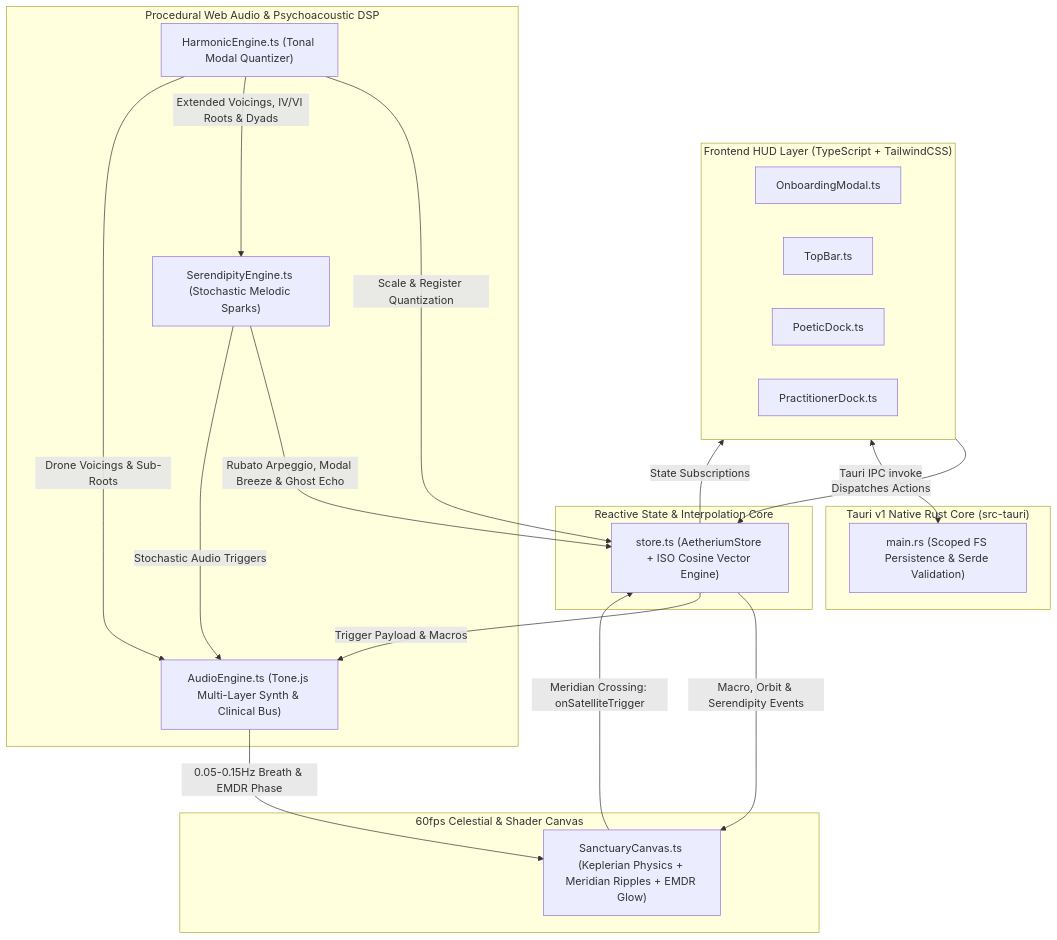
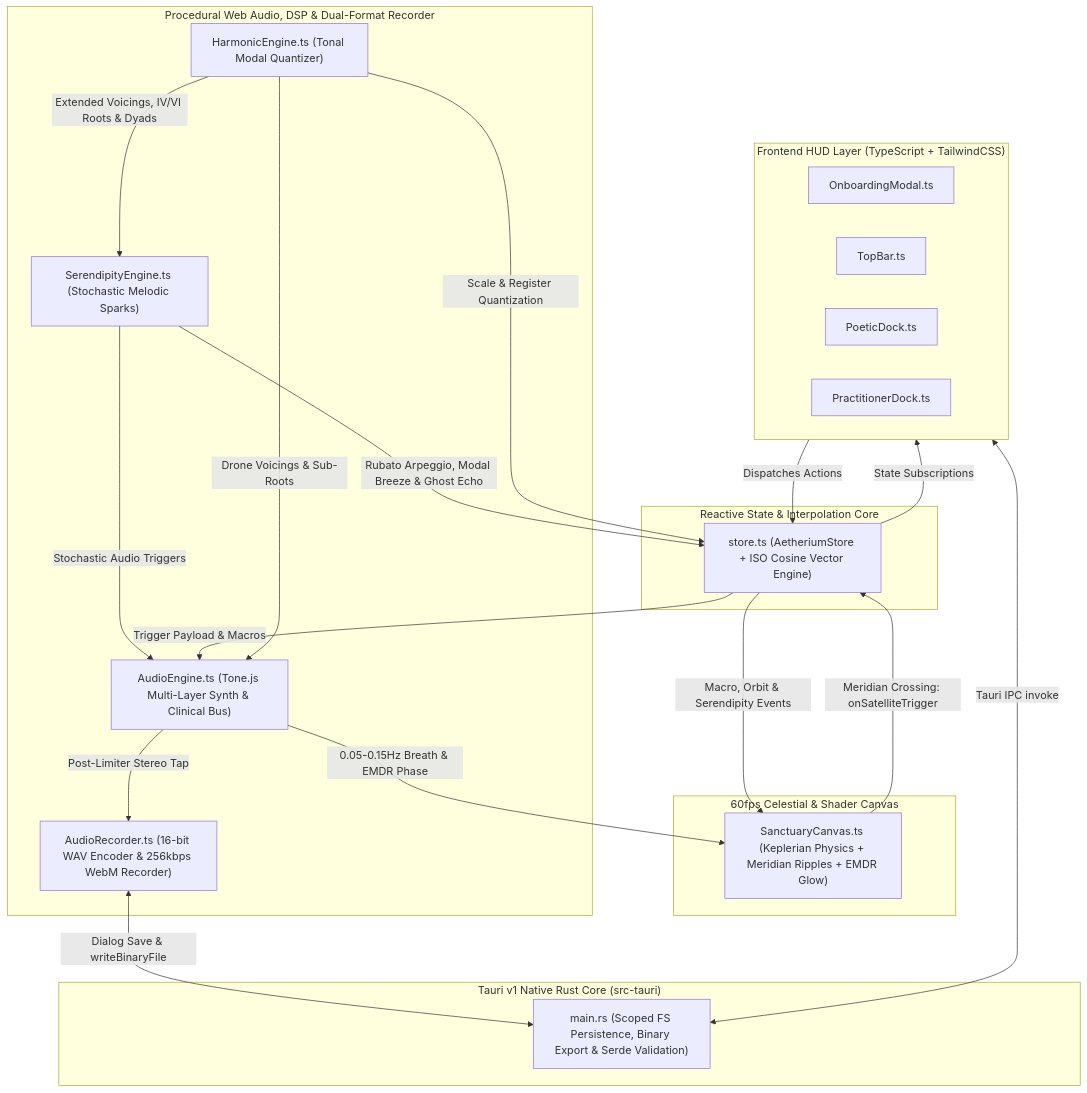
Before and after one commit to voidwave-lab/Aetherium: the first of 2 diagrams in README.md, drawn with Mermaid. The commit also changed other lines of this file and 9 other files, not shown here.

Commit message:
feat(recorder): add studio WAV & compact WebM audio recorder, clinical take-home anchor & docs

````diff
--- a/README.md
+++ b/README.md
@@ -124,40 +132,43 @@
 ```mermaid
 flowchart TD
     subgraph UI["Frontend HUD Layer (TypeScript + TailwindCSS)"]
         OM["OnboardingModal.ts"]
         TB["TopBar.ts"]
         PD["PoeticDock.ts"]
         PRD["PractitionerDock.ts"]
     end
 
     subgraph STATE["Reactive State & Interpolation Core"]
         ST["store.ts (AetheriumStore + ISO Cosine Vector Engine)"]
     end
 
     subgraph VISUAL["60fps Celestial & Shader Canvas"]
         SC["SanctuaryCanvas.ts (Keplerian Physics + Meridian Ripples + EMDR Glow)"]
     end
 
-    subgraph AUDIO["Procedural Web Audio & Psychoacoustic DSP"]
+    subgraph AUDIO["Procedural Web Audio, DSP & Dual-Format Recorder"]
         HE["HarmonicEngine.ts (Tonal Modal Quantizer)"]
         SE["SerendipityEngine.ts (Stochastic Melodic Sparks)"]
         AE["AudioEngine.ts (Tone.js Multi-Layer Synth & Clinical Bus)"]
+        AR["AudioRecorder.ts (16-bit WAV Encoder & 256kbps WebM Recorder)"]
     end
 
     subgraph NATIVE["Tauri v1 Native Rust Core (src-tauri)"]
-        RS["main.rs (Scoped FS Persistence & Serde Validation)"]
+        RS["main.rs (Scoped FS Persistence, Binary Export & Serde Validation)"]
     end
 
     UI -->|Dispatches Actions| ST
     ST -->|State Subscriptions| UI
     ST -->|Macro, Orbit & Serendipity Events| SC
     SC -->|Meridian Crossing: onSatelliteTrigger| ST
     SE -->|Rubato Arpeggio, Modal Breeze & Ghost Echo| ST
     SE -->|Stochastic Audio Triggers| AE
     ST -->|Trigger Payload & Macros| AE
     HE -->|Scale & Register Quantization| ST
     HE -->|Extended Voicings, IV/VI Roots & Dyads| SE
     HE -->|Drone Voicings & Sub-Roots| AE
     AE -->|0.05-0.15Hz Breath & EMDR Phase| SC
+    AE -->|Post-Limiter Stereo Tap| AR
+    AR <-->|Dialog Save & writeBinaryFile| RS
     UI <-->|Tauri IPC invoke| RS
 ```
````
